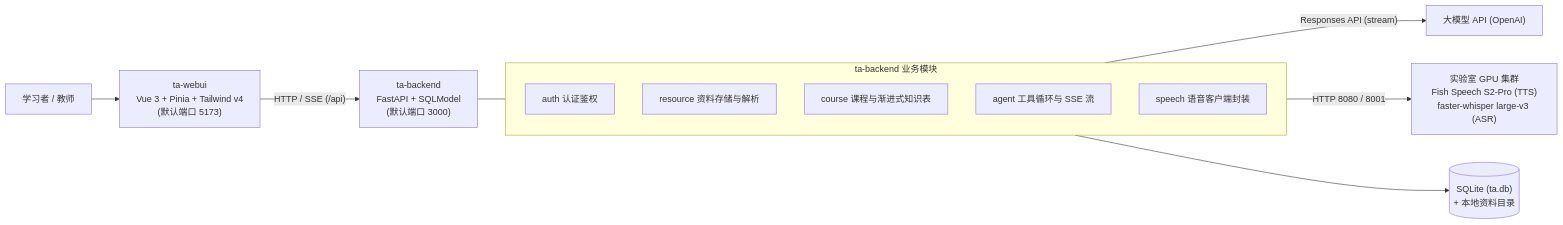
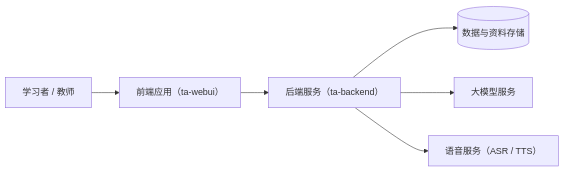
The diagram in README.md (rereareal/ta-new), drawn with Mermaid before and after one commit. The commit also changed other lines of this file, not shown here.

````diff
--- a/README.md
+++ b/README.md
@@ -28,19 +7,8 @@
 ```mermaid
 flowchart LR
-  U["学习者 / 教师"] --> W["ta-webui<br/>Vue 3 + Pinia + Tailwind v4<br/>(默认端口 5173)"]
-  W -- "HTTP / SSE (/api)" --> B["ta-backend<br/>FastAPI + SQLModel<br/>(默认端口 3000)"]
-
-  subgraph Backend["ta-backend 业务模块"]
-    direction TB
-    AUTH["auth 认证鉴权"]
-    RES["resource 资料存储与解析"]
-    COURSE["course 课程与渐进式知识表"]
-    AGENT["agent 工具循环与 SSE 流"]
-    SPEECH["speech 语音客户端封装"]
-  end
-
-  B --- Backend
-  Backend --> DB[("SQLite (ta.db)<br/>+ 本地资料目录")]
-  AGENT -- "Responses API (stream)" --> LLM["大模型 API (OpenAI)"]
-  SPEECH -- "HTTP 8080 / 8001" --> GPU["实验室 GPU 集群<br/>Fish Speech S2-Pro (TTS)<br/>faster-whisper large-v3 (ASR)"]
+  U["学习者 / 教师"] --> W["前端应用（ta-webui）"]
+  W --> B["后端服务（ta-backend）"]
+  B --> DB[("数据与资料存储")]
+  B --> LLM["大模型服务"]
+  B --> SPEECH["语音服务（ASR / TTS）"]
 ```
````
